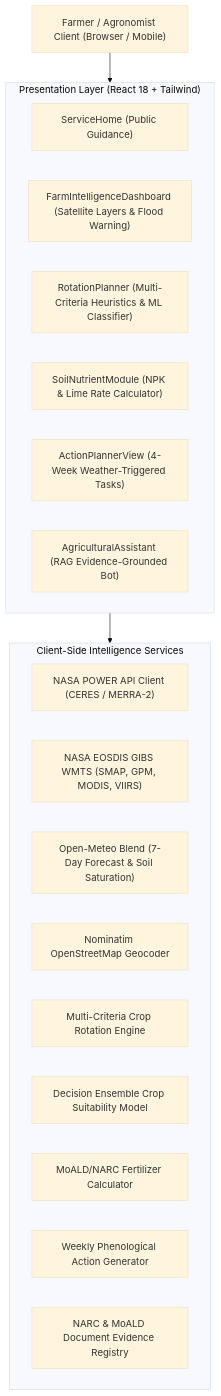
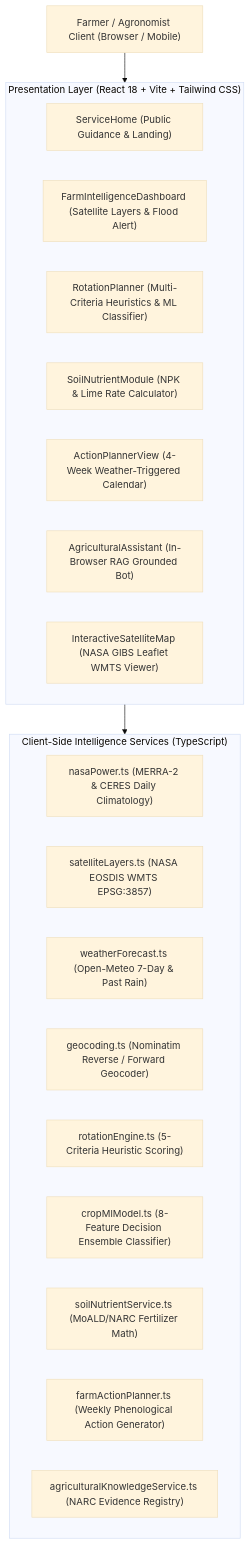
The first of 2 diagrams in docs/ARCHITECTURE.md (Spongly/FarmShift), drawn with Mermaid (base theme) before and after one commit. The commit also changed other lines of this file and 7 other files, not shown here.

````diff
--- a/docs/ARCHITECTURE.md
+++ b/docs/ARCHITECTURE.md
@@ -12,28 +13,29 @@
 ```mermaid
 graph TD
     User["Farmer / Agronomist Client (Browser / Mobile)"]
 
-    subgraph Presentation ["Presentation Layer (React 18 + Tailwind)"]
-        UI_Home["ServiceHome (Public Guidance)"]
-        UI_Intel["FarmIntelligenceDashboard (Satellite Layers & Flood Warning)"]
+    subgraph Presentation ["Presentation Layer (React 18 + Vite + Tailwind CSS)"]
+        UI_Home["ServiceHome (Public Guidance & Landing)"]
+        UI_Intel["FarmIntelligenceDashboard (Satellite Layers & Flood Alert)"]
         UI_Planner["RotationPlanner (Multi-Criteria Heuristics & ML Classifier)"]
         UI_Soil["SoilNutrientModule (NPK & Lime Rate Calculator)"]
-        UI_Action["ActionPlannerView (4-Week Weather-Triggered Tasks)"]
-        UI_Assistant["AgriculturalAssistant (RAG Evidence-Grounded Bot)"]
+        UI_Action["ActionPlannerView (4-Week Weather-Triggered Calendar)"]
+        UI_Assistant["AgriculturalAssistant (In-Browser RAG Grounded Bot)"]
+        UI_Map["InteractiveSatelliteMap (NASA GIBS Leaflet WMTS Viewer)"]
     end
 
-    subgraph ServiceLayer ["Client-Side Intelligence Services"]
-        NASA_POWER["NASA POWER API Client (CERES / MERRA-2)"]
-        GIBS_WMTS["NASA EOSDIS GIBS WMTS (SMAP, GPM, MODIS, VIIRS)"]
-        FORECAST_API["Open-Meteo Blend (7-Day Forecast & Soil Saturation)"]
-        GEOCODE_API["Nominatim OpenStreetMap Geocoder"]
-        ROTATION_ENG["Multi-Criteria Crop Rotation Engine"]
-        ML_MODEL["Decision Ensemble Crop Suitability Model"]
-        SOIL_ENG["MoALD/NARC Fertilizer Calculator"]
-        ACTION_ENG["Weekly Phenological Action Generator"]
-        KNOWLEDGE_STORE["NARC & MoALD Document Evidence Registry"]
+    subgraph ServiceLayer ["Client-Side Intelligence Services (TypeScript)"]
+        NASA_POWER["nasaPower.ts (MERRA-2 & CERES Daily Climatology)"]
+        GIBS_WMTS["satelliteLayers.ts (NASA EOSDIS WMTS EPSG:3857)"]
+        FORECAST_API["weatherForecast.ts (Open-Meteo 7-Day & Past Rain)"]
+        GEOCODE_API["geocoding.ts (Nominatim Reverse / Forward Geocoder)"]
+        ROTATION_ENG["rotationEngine.ts (5-Criteria Heuristic Scoring)"]
+        ML_MODEL["cropMlModel.ts (8-Feature Decision Ensemble Classifier)"]
+        SOIL_ENG["soilNutrientService.ts (MoALD/NARC Fertilizer Math)"]
+        ACTION_ENG["farmActionPlanner.ts (Weekly Phenological Action Generator)"]
+        KNOWLEDGE_STORE["agriculturalKnowledgeService.ts (NARC Evidence Registry)"]
     end
 
     User --> Presentation
     Presentation --> ServiceLayer
 ```
````
